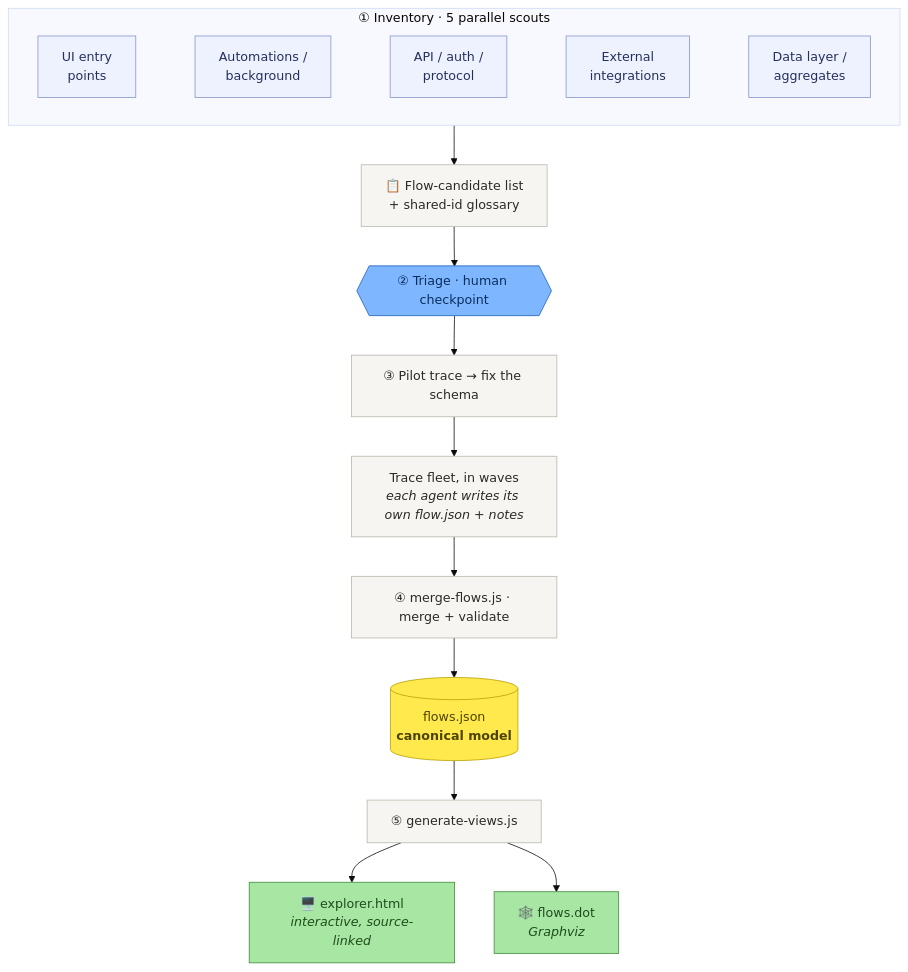
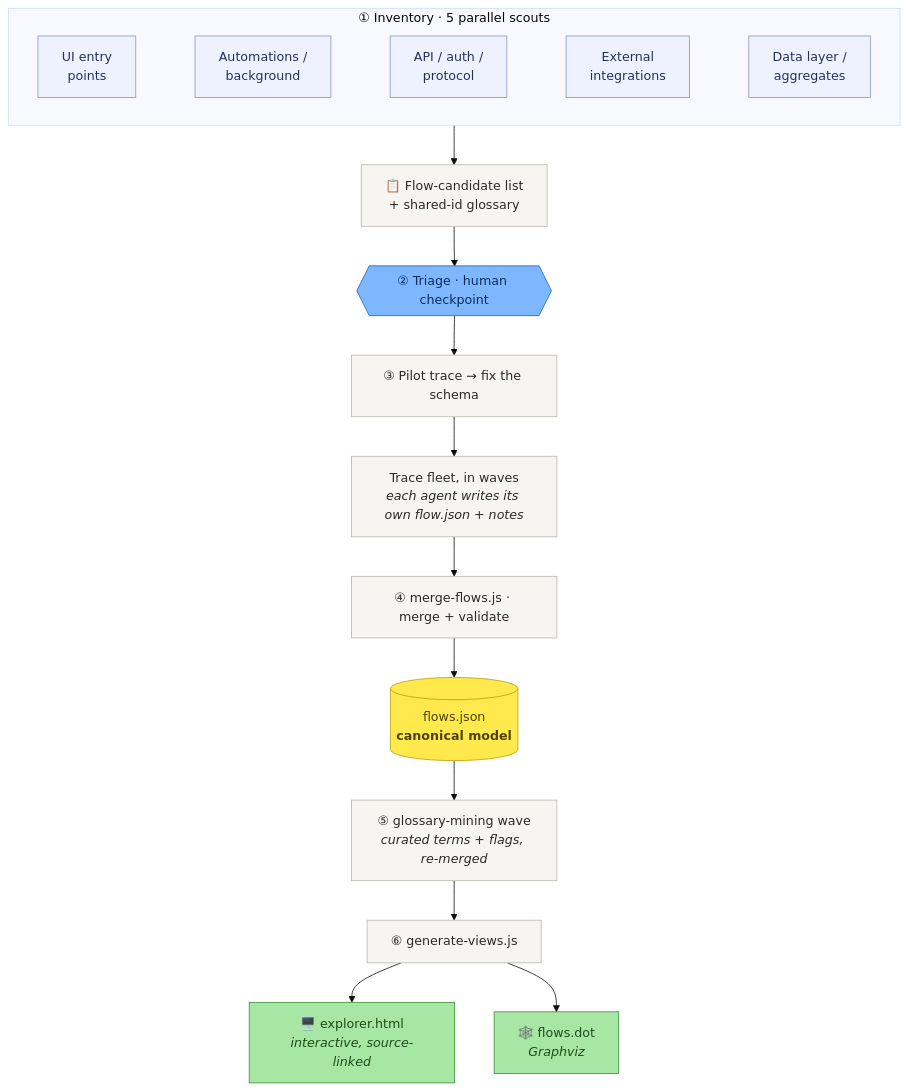
Before and after one commit to bhastings-t3/event-storming-recovery: the diagram in README.md, drawn with Mermaid (base theme). The commit also changed other lines of this file and 11 other files, not shown here.

First line of the commit message:
feat: add Ubiquitous Language mining phase (Phase 5) with hotspot-style flags

````diff
--- a/README.md
+++ b/README.md
@@ -62,37 +63,38 @@
 ```mermaid
 flowchart TB
     subgraph scouts["① Inventory · 5 parallel scouts"]
         direction LR
         S1[UI entry<br/>points]
         S2[Automations /<br/>background]
         S3[API / auth /<br/>protocol]
         S4[External<br/>integrations]
         S5[Data layer /<br/>aggregates]
         S1 ~~~ S2 ~~~ S3 ~~~ S4 ~~~ S5
     end
 
     inv["📋 Flow-candidate list<br/>+ shared-id glossary"]
     triage{{"② Triage · human checkpoint"}}
     pilot["③ Pilot trace → fix the schema"]
     fleet["Trace fleet, in waves<br/><i>each agent writes its own flow.json + notes</i>"]
     merge["④ merge-flows.js · merge + validate"]
     canon[("flows.json<br/><b>canonical model</b>")]
-    gen["⑤ generate-views.js"]
+    glossary["⑤ glossary-mining wave<br/><i>curated terms + flags, re-merged</i>"]
+    gen["⑥ generate-views.js"]
     explorer["🖥️ explorer.html<br/><i>interactive, source-linked</i>"]
     dot["🕸️ flows.dot<br/><i>Graphviz</i>"]
 
-    scouts --> inv --> triage --> pilot --> fleet --> merge --> canon --> gen
+    scouts --> inv --> triage --> pilot --> fleet --> merge --> canon --> glossary --> gen
     gen --> explorer
     gen --> dot
 
     classDef scout fill:#eef2ff,stroke:#8894c8,color:#26305c;
     classDef human fill:#7EB6FF,stroke:#2262b8,color:#0b2e5c;
     classDef canon fill:#FFE94D,stroke:#b8a000,color:#4d4200;
     classDef output fill:#A8E6A3,stroke:#3d8c38,color:#1e4d1b;
     classDef step fill:#f6f5f2,stroke:#b9b6ad,color:#2b2a27;
     class S1,S2,S3,S4,S5 scout;
     class triage human;
     class canon canon;
     class explorer,dot output;
-    class inv,pilot,fleet,merge,gen step;
+    class inv,pilot,fleet,merge,glossary,gen step;
 ```
````
